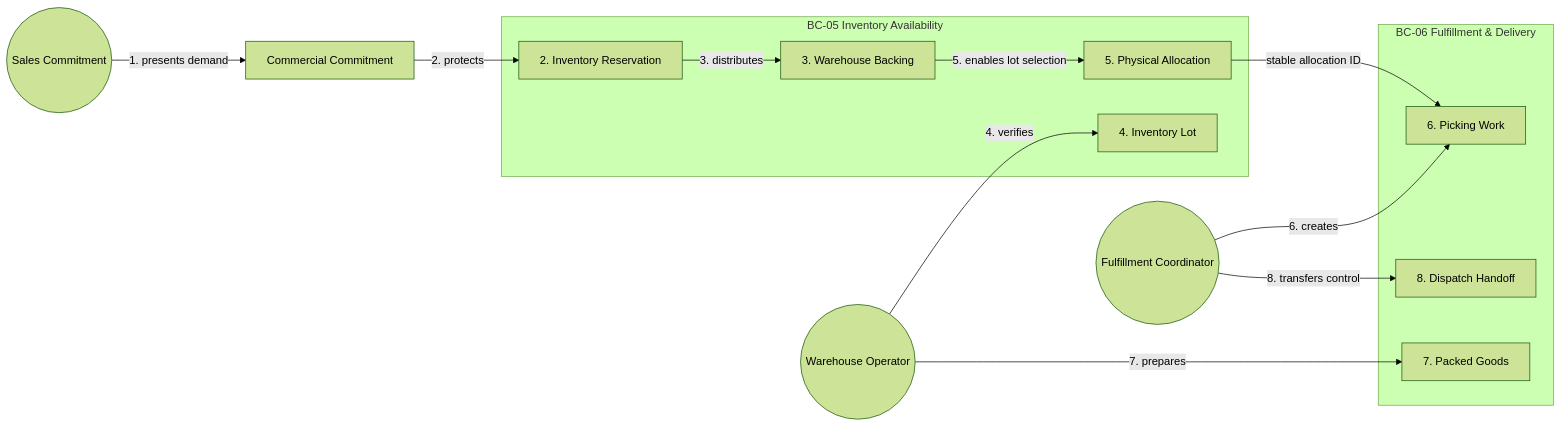
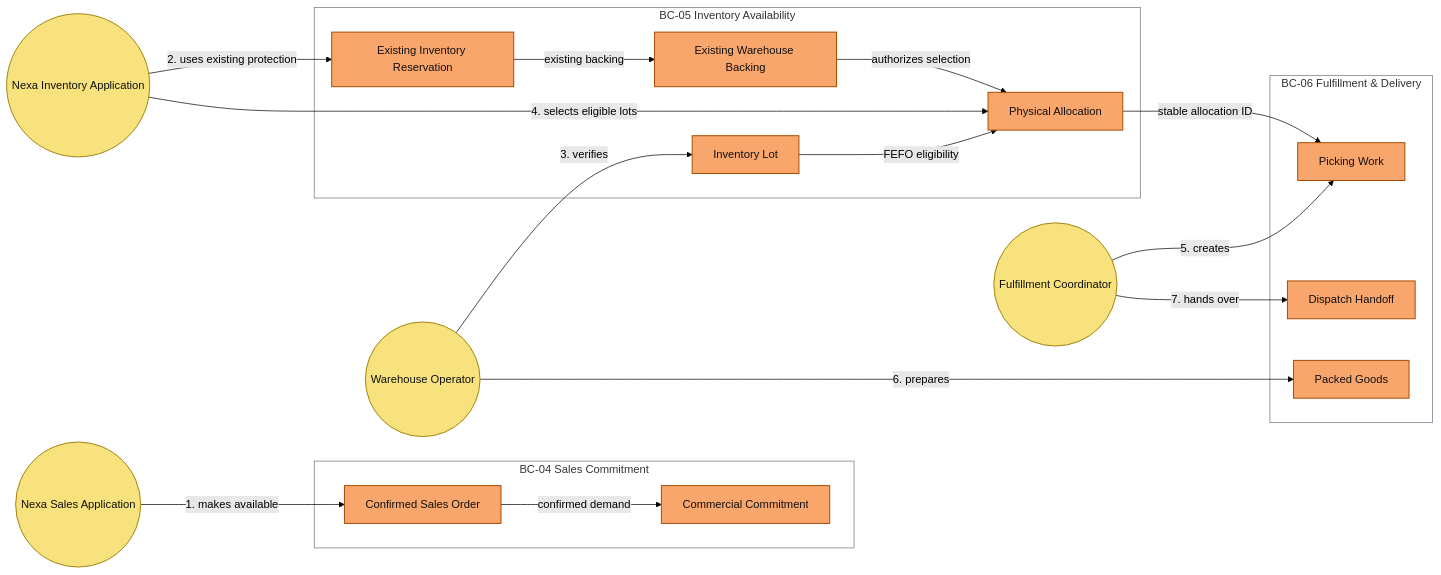
One commit to nexa-suite/mobile-report changed the diagram in report/assets/chapter-2/domain-storytelling/domain-story-03.mmd. Above: the diagram before and after it, drawn with Mermaid (forest theme). The commit also changed 26 other files, not shown here.

```diff
--- a/report/assets/chapter-2/domain-storytelling/domain-story-03.mmd
+++ b/report/assets/chapter-2/domain-storytelling/domain-story-03.mmd
@@ -1,21 +1,43 @@
 flowchart LR
-  sales((Sales Commitment)) -->|1. presents demand| commitment[Commercial Commitment]
-  subgraph availability["BC-05 Inventory Availability"]
-    reservation[2. Inventory Reservation]
-    backing[3. Warehouse Backing]
-    lot[4. Inventory Lot]
-    allocation[5. Physical Allocation]
+  classDef actor fill:#F7E27D,stroke:#9A7B00,stroke-width:1.3px,color:#111
+  classDef work fill:#F9A66C,stroke:#A84A00,stroke-width:1.4px,color:#111
+
+  salesApplication((Nexa Sales Application)):::actor
+  inventoryApplication((Nexa Inventory Application)):::actor
+  operator((Warehouse Operator)):::actor
+  coordinator((Fulfillment Coordinator)):::actor
+
+  subgraph bc04["BC-04 Sales Commitment"]
+    order["Confirmed Sales Order"]:::work
+    commitment["Commercial Commitment"]:::work
   end
-  operator((Warehouse Operator)) -->|4. verifies| lot
-  commitment -->|2. protects| reservation
-  reservation -->|3. distributes| backing
-  backing -->|5. enables lot selection| allocation
-  subgraph fulfillment["BC-06 Fulfillment & Delivery"]
-    picking[6. Picking Work]
-    packed[7. Packed Goods]
-    handoff[8. Dispatch Handoff]
+
+  subgraph bc05["BC-05 Inventory Availability"]
+    reservation["Existing Inventory Reservation"]:::work
+    backing["Existing Warehouse Backing"]:::work
+    lot["Inventory Lot"]:::work
+    allocation["Physical Allocation"]:::work
   end
-  coordinator((Fulfillment Coordinator)) -->|6. creates| picking
+
+  subgraph bc06["BC-06 Fulfillment & Delivery"]
+    picking["Picking Work"]:::work
+    packed["Packed Goods"]:::work
+    handoff["Dispatch Handoff"]:::work
+  end
+
+  salesApplication -->|1. makes available| order
+  order -->|confirmed demand| commitment
+  inventoryApplication -->|2. uses existing protection| reservation
+  reservation -->|existing backing| backing
+  operator -->|3. verifies| lot
+  inventoryApplication -->|4. selects eligible lots| allocation
+  backing -->|authorizes selection| allocation
+  lot -->|FEFO eligibility| allocation
+  coordinator -->|5. creates| picking
   allocation -->|stable allocation ID| picking
-  operator -->|7. prepares| packed
-  coordinator -->|8. transfers control| handoff
+  operator -->|6. prepares| packed
+  coordinator -->|7. hands over| handoff
+
+  style bc04 fill:none,stroke:#6B7280,stroke-width:1px
+  style bc05 fill:none,stroke:#6B7280,stroke-width:1px
+  style bc06 fill:none,stroke:#6B7280,stroke-width:1px
```
